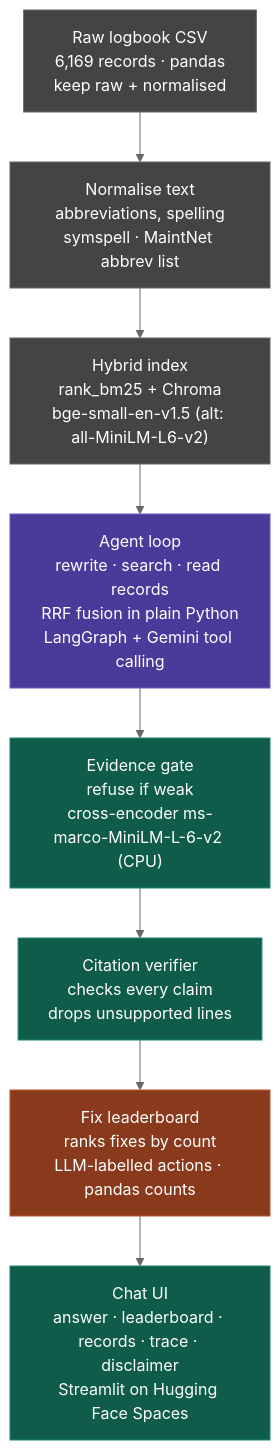
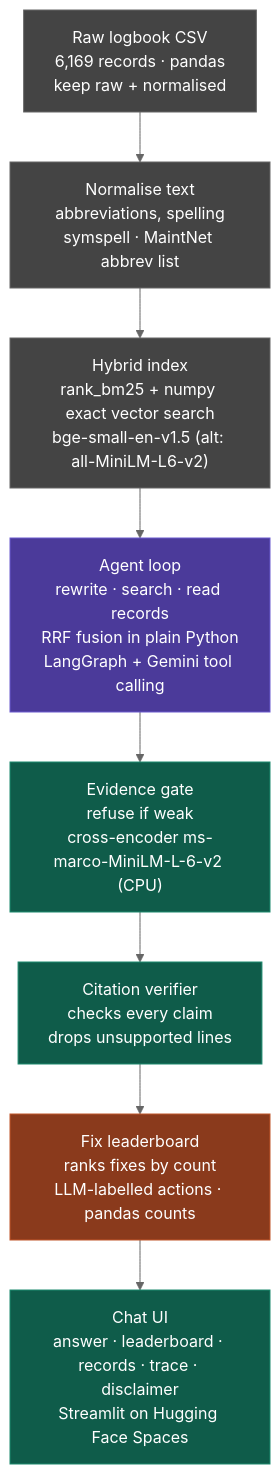
The diagram in README.md (laksh-ahuja06/aviation-rag), drawn with Mermaid (neutral theme) before and after one commit. The commit also changed other lines of this file and 13 other files, not shown here.

````diff
--- a/README.md
+++ b/README.md
@@ -38,19 +38,19 @@
 ```mermaid
 flowchart TD
     A["Raw logbook CSV<br/>6,169 records · pandas<br/>keep raw + normalised"] --> B["Normalise text<br/>abbreviations, spelling<br/>symspell · MaintNet abbrev list"]
-    B --> C["Hybrid index<br/>rank_bm25 + Chroma<br/>bge-small-en-v1.5 (alt: all-MiniLM-L6-v2)"]
+    B --> C["Hybrid index<br/>rank_bm25 + numpy exact vector search<br/>bge-small-en-v1.5 (alt: all-MiniLM-L6-v2)"]
     C --> D["Agent loop<br/>rewrite · search · read records<br/>RRF fusion in plain Python<br/>LangGraph + Gemini tool calling"]
     D --> E["Evidence gate<br/>refuse if weak<br/>cross-encoder ms-marco-MiniLM-L-6-v2 (CPU)"]
     E --> F["Citation verifier<br/>checks every claim<br/>drops unsupported lines"]
     F --> G["Fix leaderboard<br/>ranks fixes by count<br/>LLM-labelled actions · pandas counts"]
     G --> H["Chat UI<br/>answer · leaderboard · records · trace · disclaimer<br/>Streamlit on Hugging Face Spaces"]
 
     classDef offline fill:#444,color:#fff,stroke:#666
     classDef reasoning fill:#4b3a9a,color:#fff,stroke:#6a5acd
     classDef trust fill:#0f5c4a,color:#fff,stroke:#1d8a6e
     classDef standout fill:#8a3a1c,color:#fff,stroke:#c0562b
     class A,B,C offline
     class D reasoning
     class E,F,H trust
     class G standout
 ```
````
